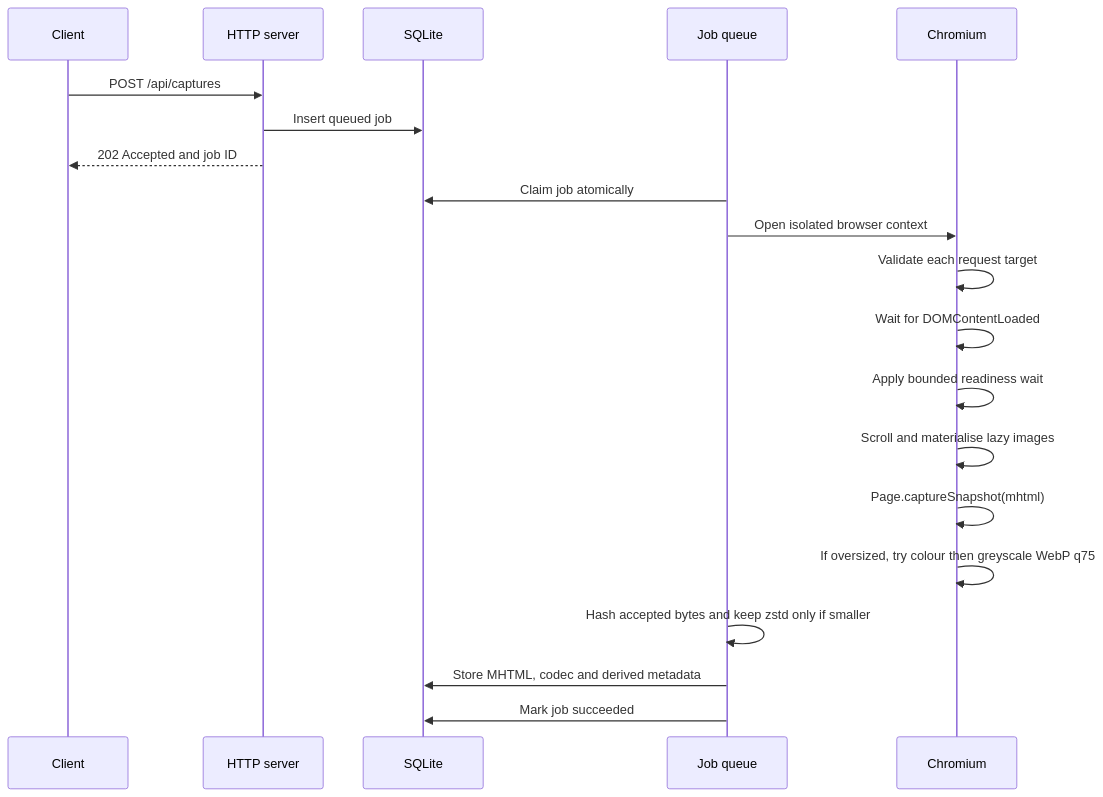
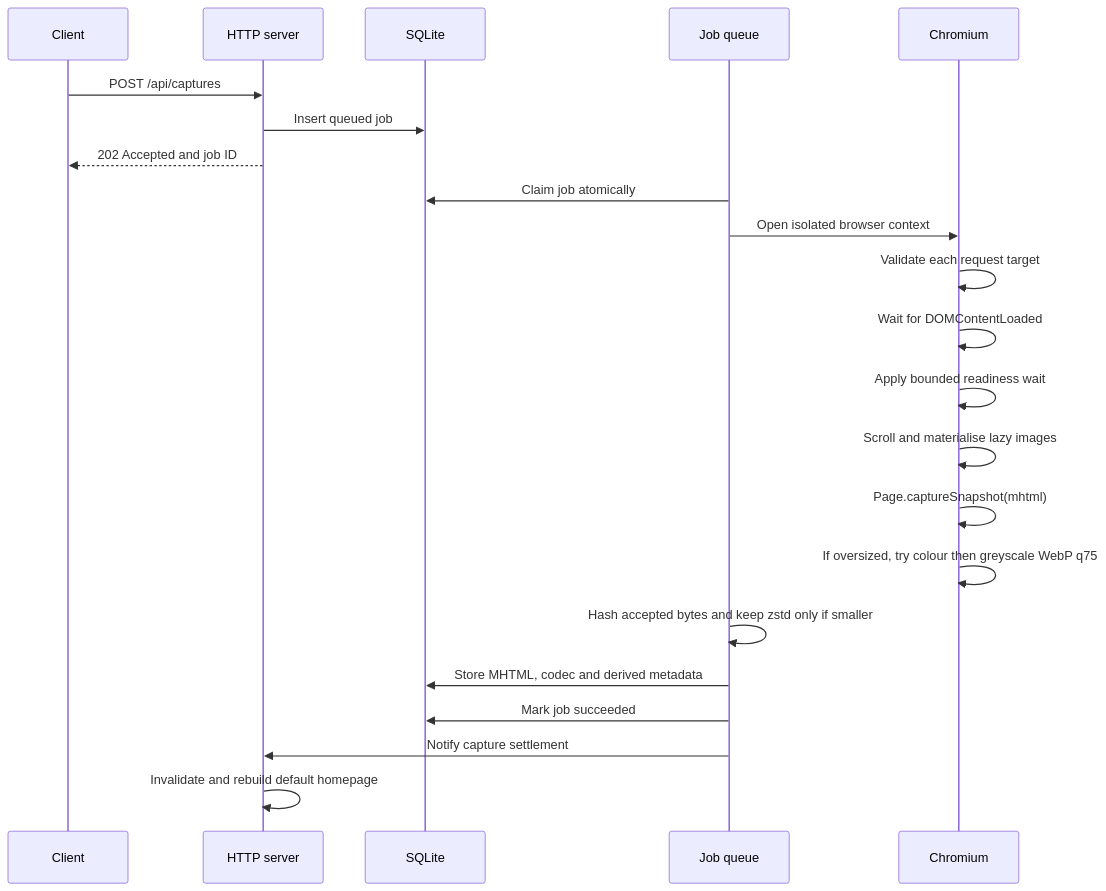
Before and after one commit to rcarmo/bun-packrat: the second of 3 diagrams in docs/architecture.md, drawn with Mermaid. The commit also changed other lines of this file and 10 other files, not shown here.

````diff
--- a/docs/architecture.md
+++ b/docs/architecture.md
@@ -26,23 +27,25 @@
 ```mermaid
 sequenceDiagram
     participant C as Client
     participant S as HTTP server
     participant D as SQLite
     participant Q as Job queue
     participant B as Chromium
 
     C->>S: POST /api/captures
     S->>D: Insert queued job
     S-->>C: 202 Accepted and job ID
     Q->>D: Claim job atomically
     Q->>B: Open isolated browser context
     B->>B: Validate each request target
     B->>B: Wait for DOMContentLoaded
     B->>B: Apply bounded readiness wait
     B->>B: Scroll and materialise lazy images
     B->>B: Page.captureSnapshot(mhtml)
     B->>B: If oversized, try colour then greyscale WebP q75
     Q->>Q: Hash accepted bytes and keep zstd only if smaller
     Q->>D: Store MHTML, codec and derived metadata
     Q->>D: Mark job succeeded
+    Q->>S: Notify capture settlement
+    S->>S: Invalidate and rebuild default homepage
 ```
````
